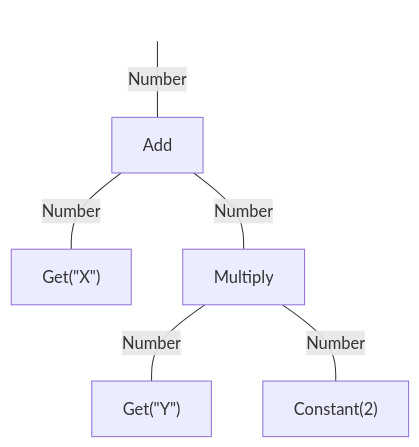
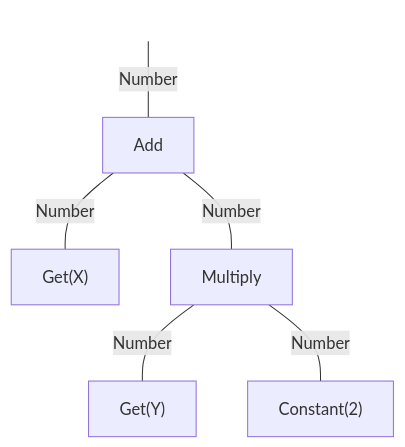
One commit to MOEAFramework/MOEAFramework changed the diagram in docs/variables.md. Above: the diagram before and after it, drawn with Mermaid.

Commit message:
Remove quotes from GP diagram

````diff
--- a/docs/variables.md
+++ b/docs/variables.md
@@ -112,10 +112,10 @@
 ```mermaid
 graph TD;
     START[ ] ---|Number| Add
-    Add ---|Number| A["Get(#quot;X#quot;)"];
+    Add ---|Number| A["Get(X)"];
     Add ---|Number| Multiply;
-    Multiply ---|Number| B["Get(#quot;Y#quot;)"];
+    Multiply ---|Number| B["Get(Y)"];
     Multiply ---|Number| C["Constant(2)"];
     
     style START fill-opacity:0, stroke-opacity:0;
 ```
````
